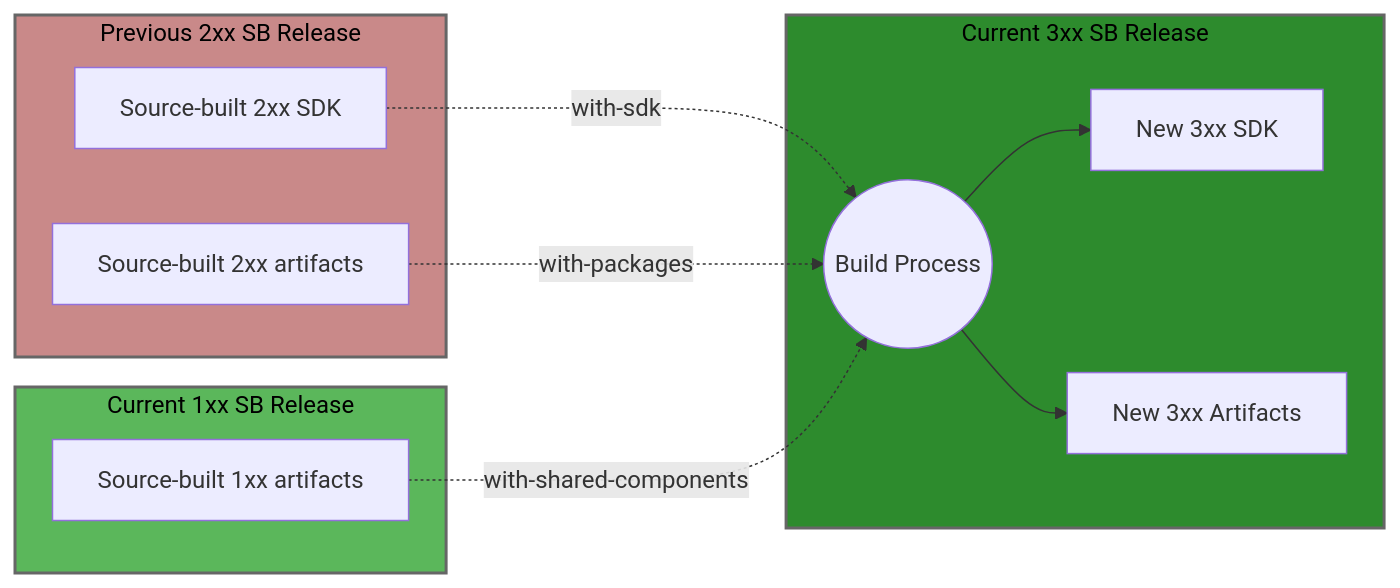
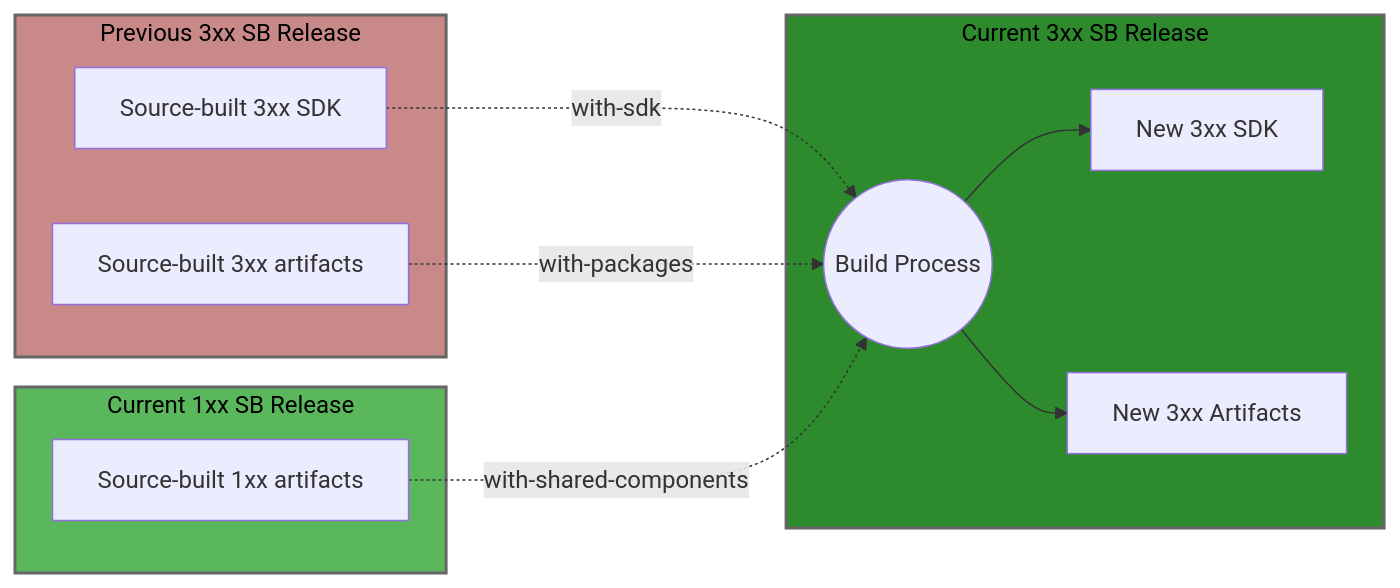
One commit to dotnet/source-build changed diagram 11 of 11 in Documentation/feature-band-source-building.md. Above: the diagram before and after it, drawn with Mermaid. The commit also changed other lines of this file, not shown here.

````diff
--- a/Documentation/feature-band-source-building.md
+++ b/Documentation/feature-band-source-building.md
@@ -781,30 +825,30 @@
 ```mermaid
 flowchart LR
-    subgraph SBPrev2xx["Previous 2xx SB Release"]
-        Prev_2xx_SDK[Source-built 2xx SDK]
-        Prev_2xx_Art[Source-built 2xx artifacts]
+    subgraph SBPrev3xx["Previous 3xx SB Release"]
+        Prev_3xx_SDK[Source-built 3xx SDK]
+        Prev_3xx_Art[Source-built 3xx artifacts]
     end
     
     subgraph SBCurr1xx["Current 1xx SB Release"]
         Curr_1xx_Art[Source-built 1xx artifacts]
     end
     
     subgraph SBCurr3xx["Current 3xx SB Release"]
         Build((Build Process))
         SDK_3xx[New 3xx SDK]
         Art_3xx[New 3xx Artifacts]
     end
     
-    Prev_2xx_SDK -.->|with-sdk| Build
-    Prev_2xx_Art -.->|with-packages| Build
+    Prev_3xx_SDK -.->|with-sdk| Build
+    Prev_3xx_Art -.->|with-packages| Build
     Curr_1xx_Art -.->|with-shared-components| Build
     Build --> SDK_3xx
     Build --> Art_3xx
     
-    classDef prev2xx fill:#c98989,stroke:#666,stroke-width:2px,color:#000
+    classDef prev3xx fill:#c98989,stroke:#666,stroke-width:2px,color:#000
     classDef curr1xx fill:#5bb75b,stroke:#666,stroke-width:2px,color:#000
     classDef curr3xx fill:#2d8b2d,stroke:#666,stroke-width:2px,color:#000
-    class SBPrev2xx prev2xx
+    class SBPrev3xx prev3xx
     class SBCurr1xx curr1xx
     class SBCurr3xx curr3xx
 ```
````
